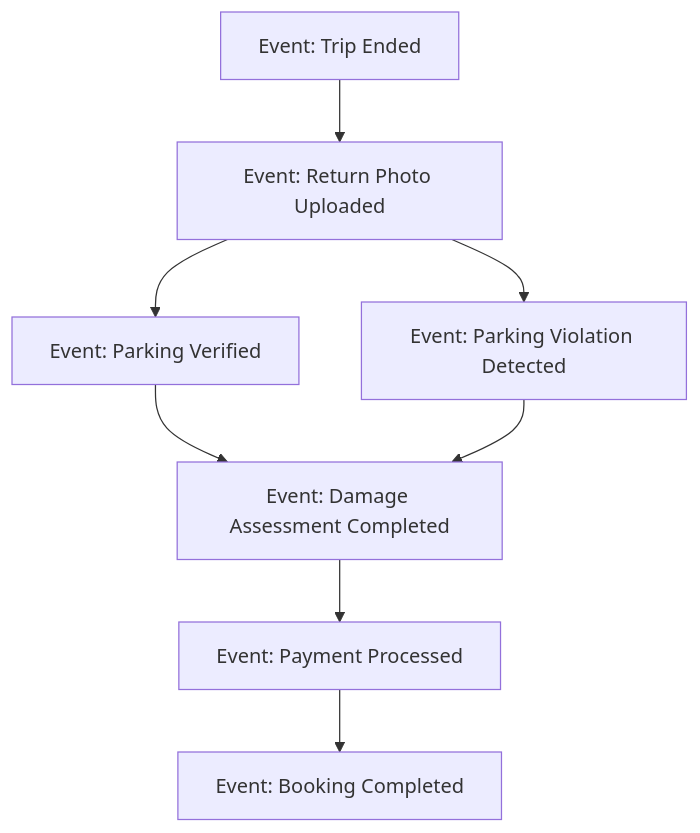
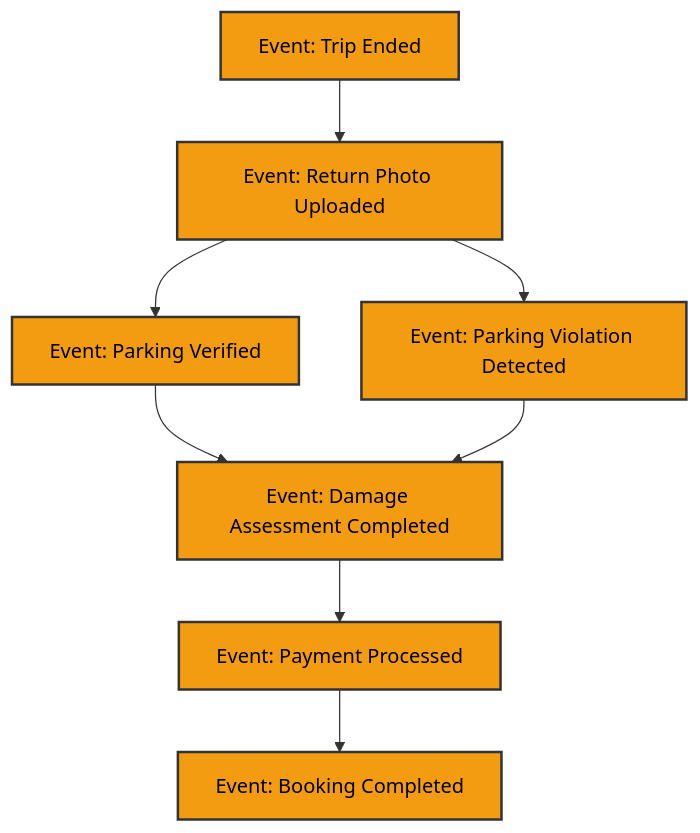
The fourth of 10 diagrams in EVENT_STORMING.md (SumoSumir/kata-na), drawn with Mermaid before and after one commit. The commit also changed other lines of this file and 4 other files, not shown here.

````diff
--- a/EVENT_STORMING.md
+++ b/EVENT_STORMING.md
@@ -65,10 +113,18 @@
 ```mermaid
 graph TD
     E1[Event: Trip Ended] --> E2[Event: Return Photo Uploaded]
     E2 --> E3A[Event: Parking Verified]
     E2 --> E3B[Event: Parking Violation Detected]
     E3A --> E4[Event: Damage Assessment Completed]
     E3B --> E4
     E4 --> E5[Event: Payment Processed]
     E5 --> E6[Event: Booking Completed]
+    
+    style E1 fill:#F39C12,stroke:#333,stroke-width:2px,color:#000
+    style E2 fill:#F39C12,stroke:#333,stroke-width:2px,color:#000
+    style E3A fill:#F39C12,stroke:#333,stroke-width:2px,color:#000
+    style E3B fill:#F39C12,stroke:#333,stroke-width:2px,color:#000
+    style E4 fill:#F39C12,stroke:#333,stroke-width:2px,color:#000
+    style E5 fill:#F39C12,stroke:#333,stroke-width:2px,color:#000
+    style E6 fill:#F39C12,stroke:#333,stroke-width:2px,color:#000
 ```
````
